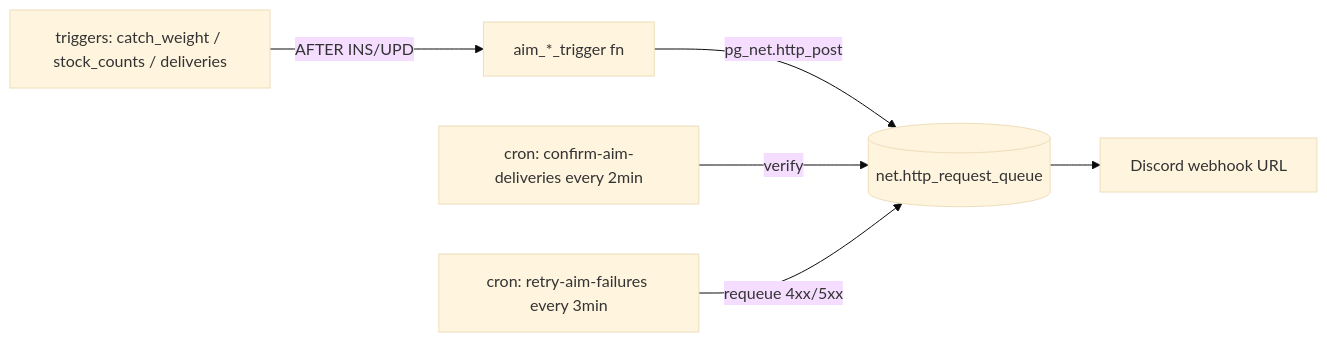
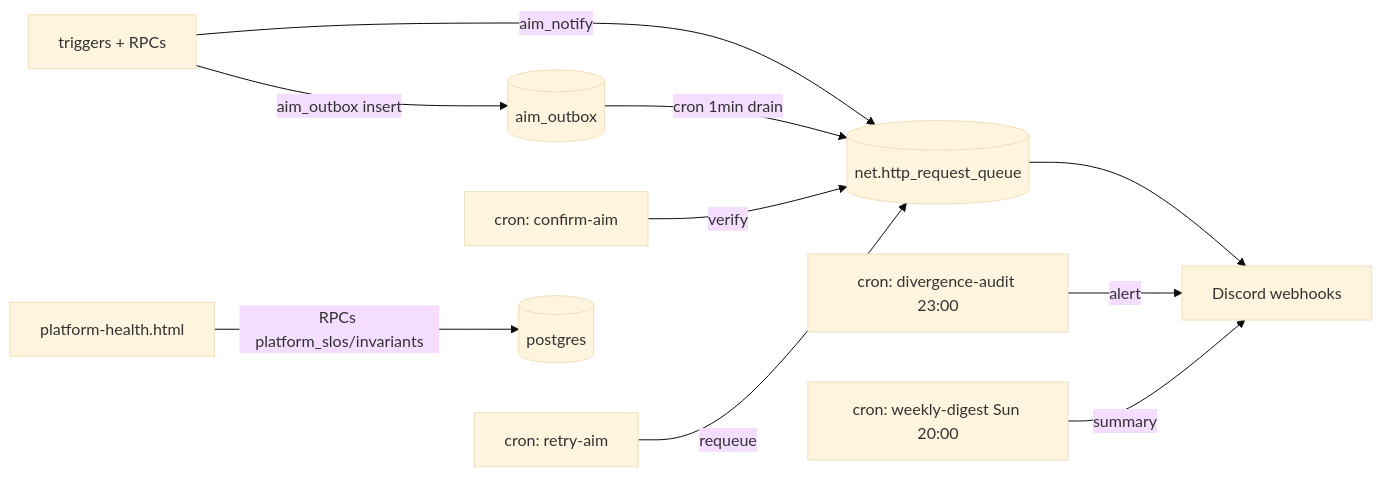
The third of 4 diagrams in BLUEPRINT.md (TTT3P/nntn), drawn with Mermaid (base theme) before and after one commit. The commit also changed other lines of this file and 5 other files, not shown here.

````diff
--- a/BLUEPRINT.md
+++ b/BLUEPRINT.md
@@ -359,8 +339,12 @@
 ```mermaid
 flowchart LR
-  T[triggers: catch_weight / stock_counts / deliveries] -->|AFTER INS/UPD| AIM[aim_*_trigger fn]
-  AIM -->|pg_net.http_post| Q[(net.http_request_queue)]
-  Q --> D[Discord webhook URL]
-  C[cron: confirm-aim-deliveries every 2min] -->|verify| Q
-  R[cron: retry-aim-failures every 3min] -->|requeue 4xx/5xx| Q
+  T[triggers + RPCs] -->|aim_notify| Q[(net.http_request_queue)]
+  T -->|aim_outbox insert| OB[(aim_outbox)]
+  OB -->|cron 1min drain| Q
+  Q --> D[Discord webhooks]
+  C1[cron: confirm-aim] -->|verify| Q
+  C2[cron: retry-aim] -->|requeue| Q
+  C3[cron: divergence-audit 23:00] -->|alert| D
+  C4[cron: weekly-digest Sun 20:00] -->|summary| D
+  PH[platform-health.html] -->|RPCs platform_slos/invariants| DB[(postgres)]
 ```
````
